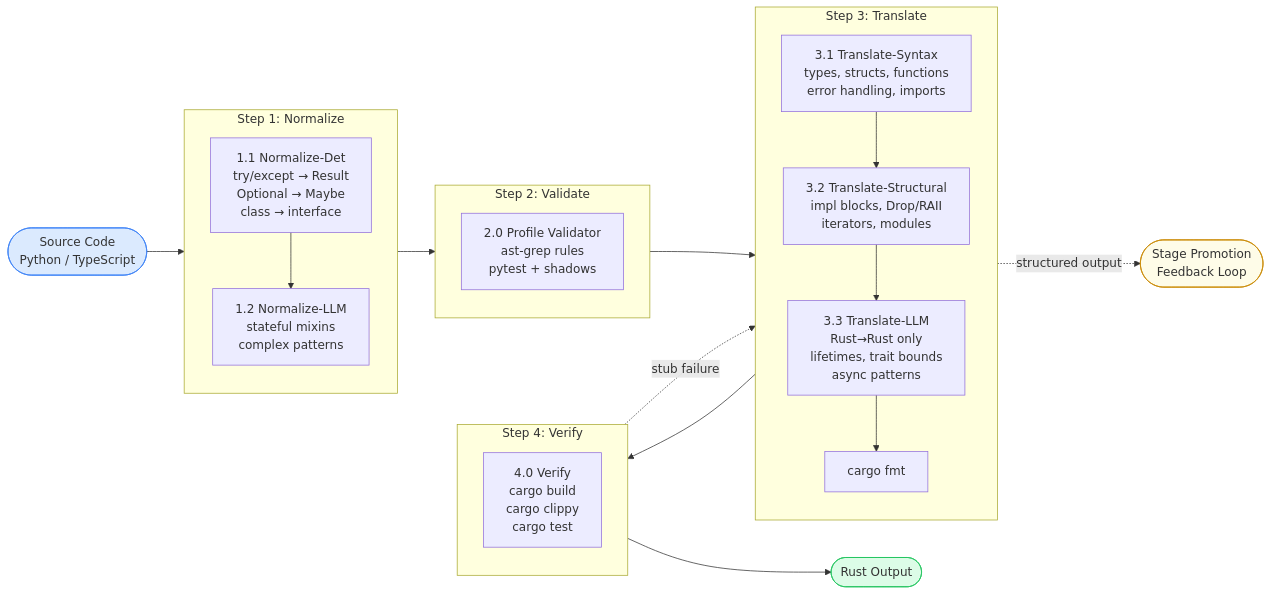
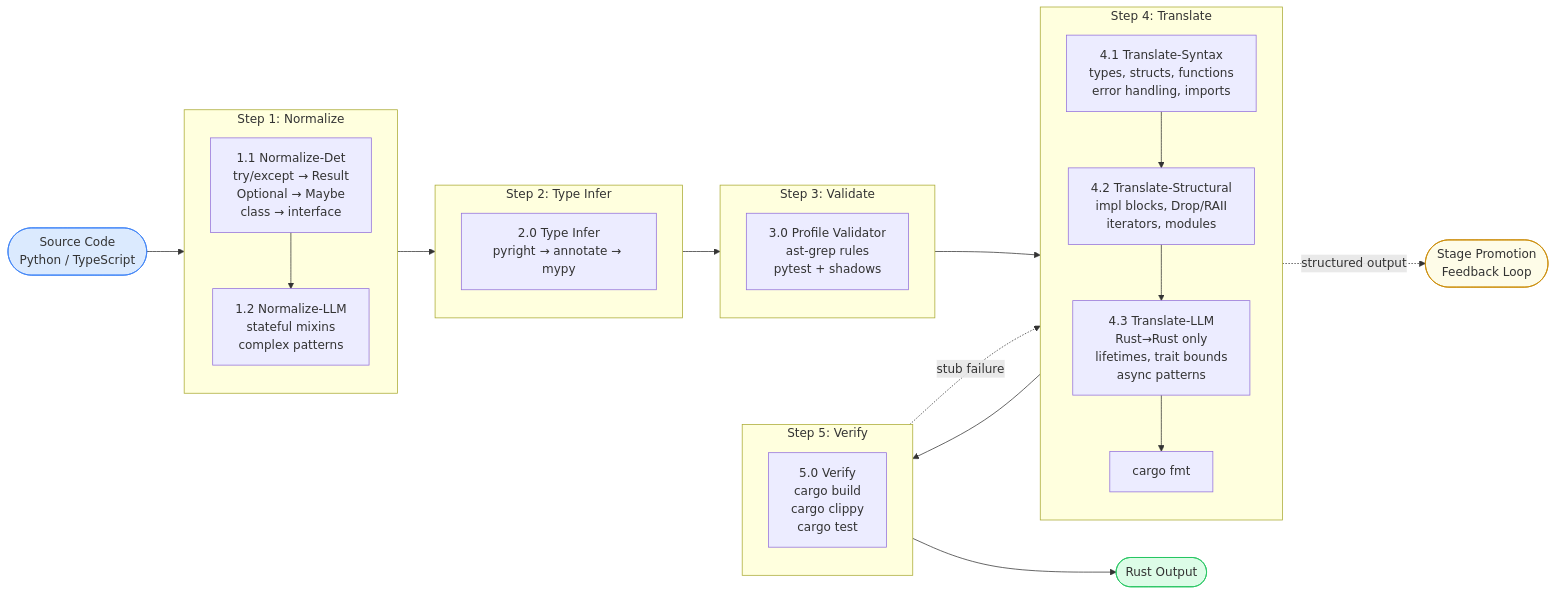
One commit to refactory-lang/.github changed the diagram in profile/README.md. Above: the diagram before and after it, drawn with Mermaid. The commit also changed other lines of this file, not shown here.

Commit message:
Add Step 2 (Type Infer) to pipeline, renumber Steps 3-5
The pipeline is now 5 steps: Normalize -> Type Infer -> Validate ->
Translate -> Verify. Updated Mermaid diagram, How It Works section,
and Terminology table to reflect the new numbering.

````diff
--- a/profile/README.md
+++ b/profile/README.md
@@ -50,37 +50,41 @@
 ```mermaid
 flowchart LR
     SRC([Source Code\nPython / TypeScript])
 
     subgraph S1 ["Step 1: Normalize"]
         direction TB
         N_DET["1.1 Normalize-Det\ntry/except → Result\nOptional → Maybe\nclass → interface"]
         N_LLM["1.2 Normalize-LLM\nstateful mixins\ncomplex patterns"]
         N_DET --> N_LLM
     end
 
-    subgraph S2 ["Step 2: Validate"]
-        VALID["2.0 Profile Validator\nast-grep rules\npytest + shadows"]
+    subgraph S2 ["Step 2: Type Infer"]
+        TINFER["2.0 Type Infer\npyright → annotate → mypy"]
     end
 
-    subgraph S3 ["Step 3: Translate"]
+    subgraph S3 ["Step 3: Validate"]
+        VALID["3.0 Profile Validator\nast-grep rules\npytest + shadows"]
+    end
+
+    subgraph S4 ["Step 4: Translate"]
         direction TB
-        T1["3.1 Translate-Syntax\ntypes, structs, functions\nerror handling, imports"]
-        T2["3.2 Translate-Structural\nimpl blocks, Drop/RAII\niterators, modules"]
-        T3["3.3 Translate-LLM\nRust→Rust only\nlifetimes, trait bounds\nasync patterns"]
+        T1["4.1 Translate-Syntax\ntypes, structs, functions\nerror handling, imports"]
+        T2["4.2 Translate-Structural\nimpl blocks, Drop/RAII\niterators, modules"]
+        T3["4.3 Translate-LLM\nRust→Rust only\nlifetimes, trait bounds\nasync patterns"]
         FMT["cargo fmt"]
         T1 --> T2 --> T3 --> FMT
     end
 
-    subgraph S4 ["Step 4: Verify"]
-        CHECK["4.0 Verify\ncargo build\ncargo clippy\ncargo test"]
+    subgraph S5 ["Step 5: Verify"]
+        CHECK["5.0 Verify\ncargo build\ncargo clippy\ncargo test"]
     end
 
-    SRC --> S1 --> S2 --> S3 --> S4 --> OUT([Rust Output])
+    SRC --> S1 --> S2 --> S3 --> S4 --> S5 --> OUT([Rust Output])
 
-    S4 -.->|stub failure| T3
+    S5 -.->|stub failure| T3
     T3 -.->|structured output| PROMO([Stage Promotion\nFeedback Loop])
 
     style SRC fill:#dbeafe,stroke:#3b82f6
     style OUT fill:#dcfce7,stroke:#22c55e
     style PROMO fill:#fefce8,stroke:#ca8a04
 ```
````
